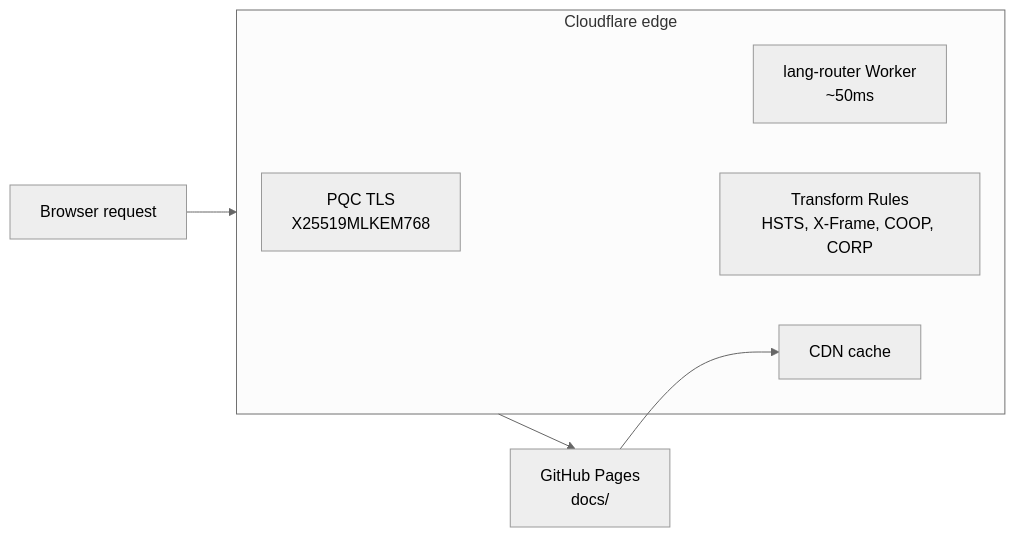
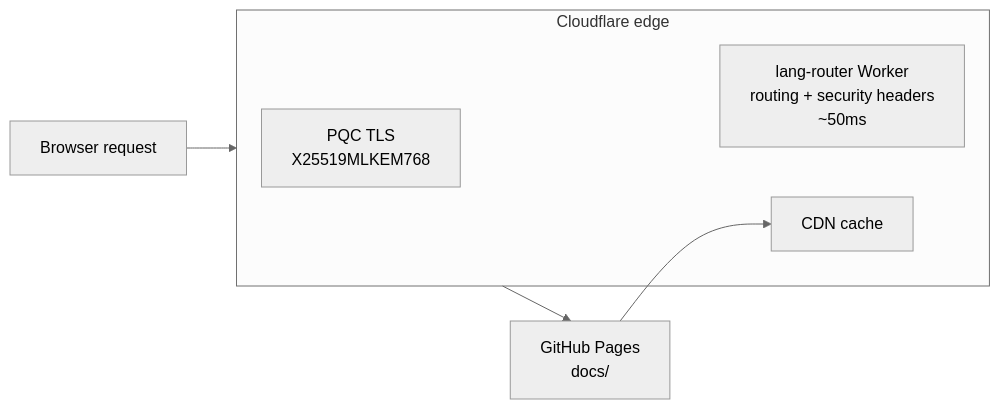
The fourth of 5 diagrams in doc/ARCHITECTURE.md (sebastienrousseau/sebastienrousseau.github.io), drawn with Mermaid before and after one commit. The commit also changed other lines of this file and 1376 other files, not shown here.

First line of the commit message:
docs: refresh README + doc/ to reflect current state (Worker headers, WASM labs, locale routing) (#85)

````diff
--- a/doc/ARCHITECTURE.md
+++ b/doc/ARCHITECTURE.md
@@ -242,13 +243,12 @@
 ```mermaid
 %%{init: {'theme':'neutral'} }%%
 flowchart LR
  REQ[Browser request] --> CF
  subgraph CF["Cloudflare edge"]
  PQ[PQC TLS<br/>X25519MLKEM768]
- WORK[lang-router Worker<br/>~50ms]
- TR[Transform Rules<br/>HSTS, X-Frame, COOP, CORP]
+ WORK[lang-router Worker<br/>routing + security headers<br/>~50ms]
  CACHE[CDN cache]
  end
  CF --> PAGES[GitHub Pages<br/>docs/]
  PAGES --> CACHE
 ```
````
